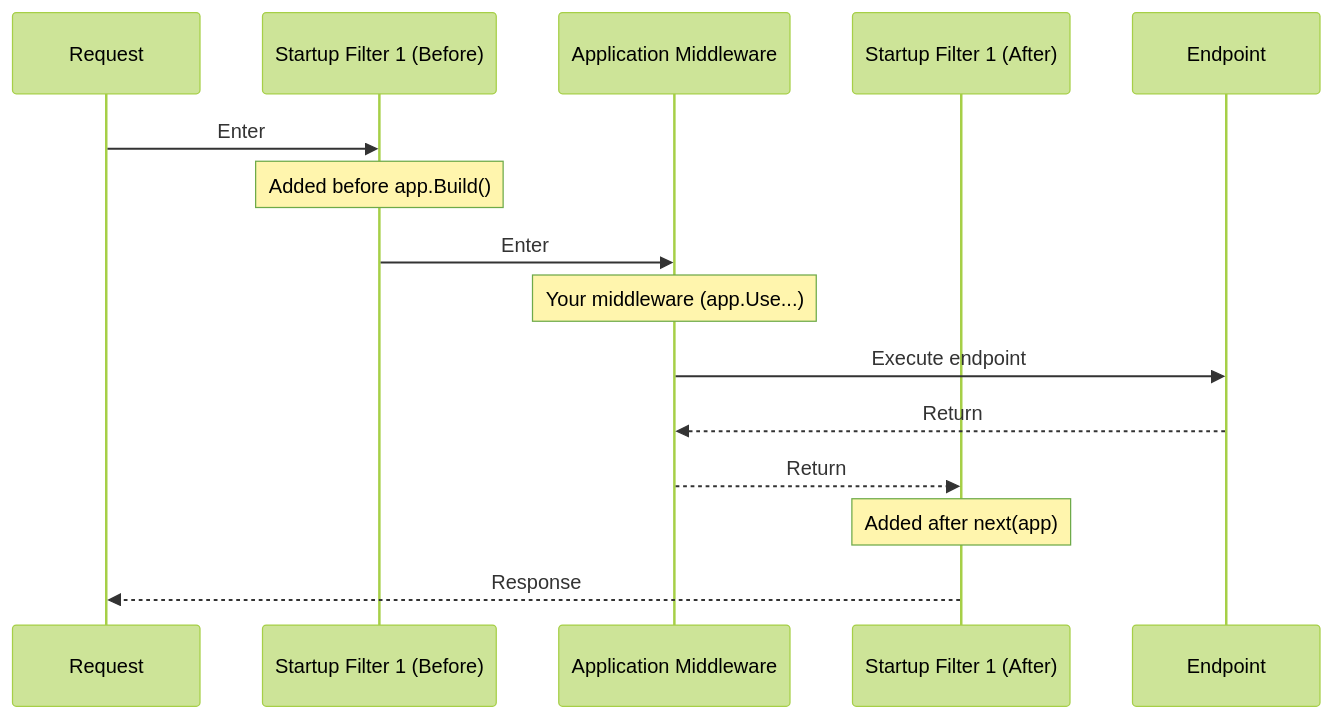
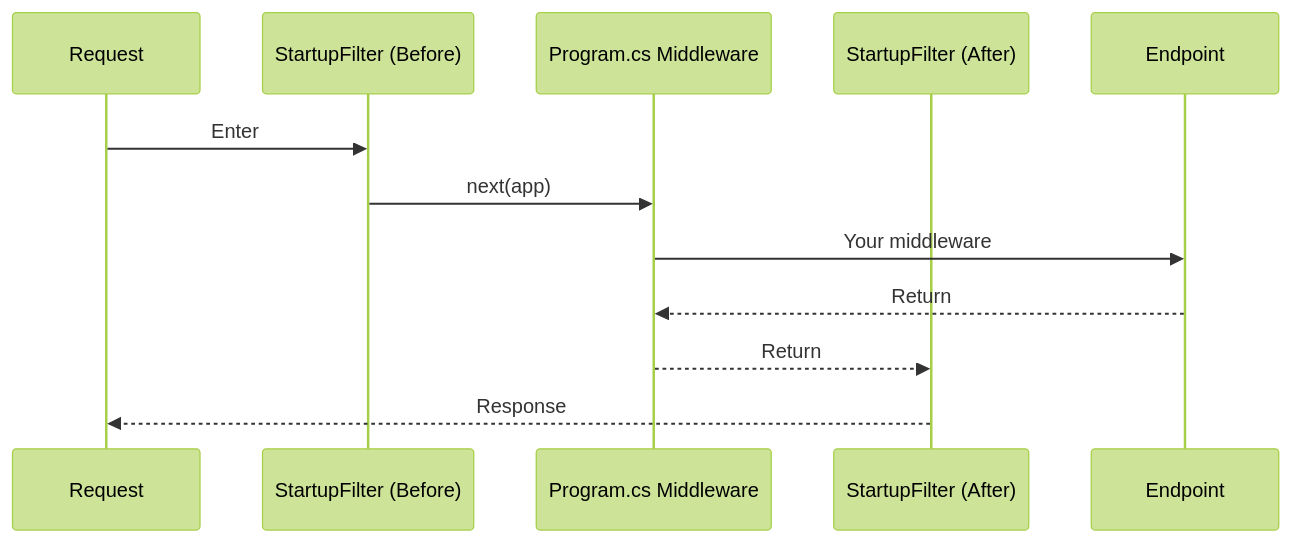
Before and after one commit to scottgal/mostlylucid.eufysecurity: the first of 5 diagrams in docs/ASPNET-PIPELINE-PART6-ADVANCED-EXTENSIBILITY.md, drawn with Mermaid (forest theme). The commit also changed other lines of this file and 5 other files, not shown here.

````diff
--- a/docs/ASPNET-PIPELINE-PART6-ADVANCED-EXTENSIBILITY.md
+++ b/docs/ASPNET-PIPELINE-PART6-ADVANCED-EXTENSIBILITY.md
@@ -109,18 +84,15 @@
 ```mermaid
 sequenceDiagram
     participant Request
-    participant SF1 as Startup Filter 1 (Before)
-    participant App as Application Middleware
-    participant SF1A as Startup Filter 1 (After)
+    participant SF1 as StartupFilter (Before)
+    participant App as Program.cs Middleware
+    participant SF2 as StartupFilter (After)
     participant Endpoint
 
     Request->>SF1: Enter
-    Note over SF1: Added before app.Build()
-    SF1->>App: Enter
-    Note over App: Your middleware (app.Use...)
-    App->>Endpoint: Execute endpoint
+    SF1->>App: next(app)
+    App->>Endpoint: Your middleware
     Endpoint-->>App: Return
-    App-->>SF1A: Return
-    Note over SF1A: Added after next(app)
-    SF1A-->>Request: Response
+    App-->>SF2: Return
+    SF2-->>Request: Response
 ```
````
